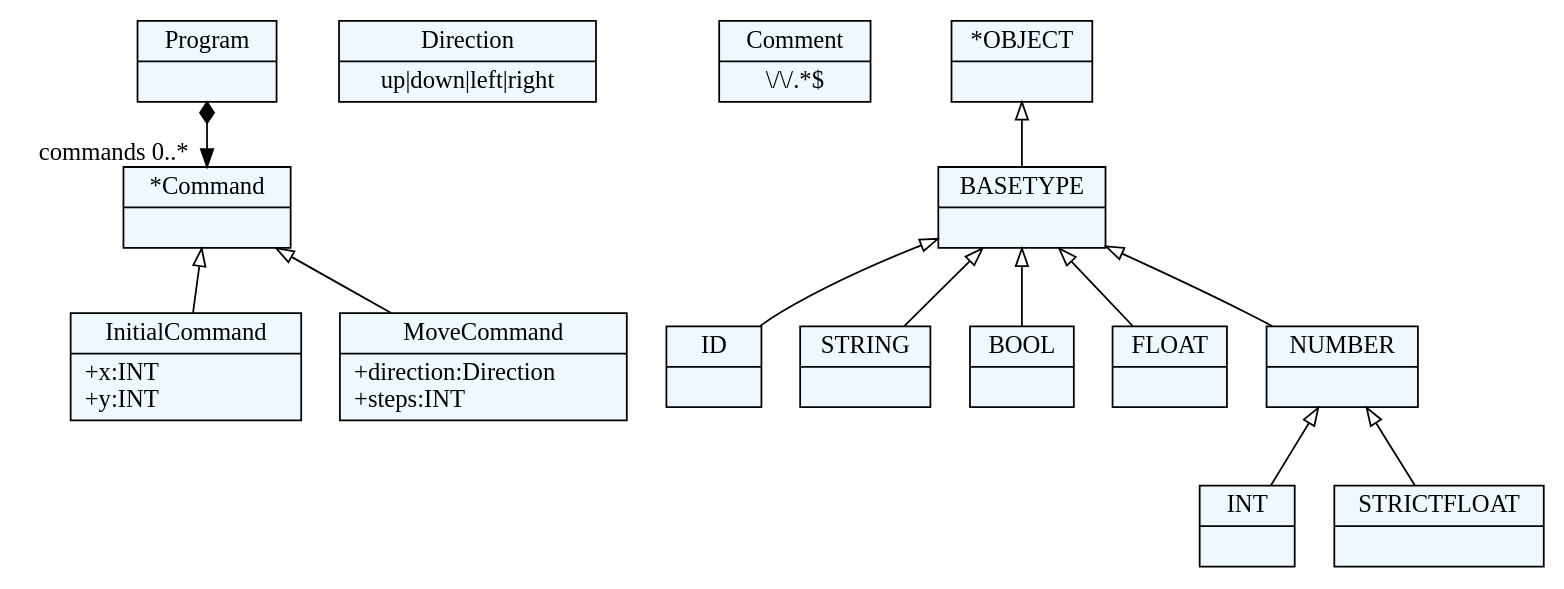
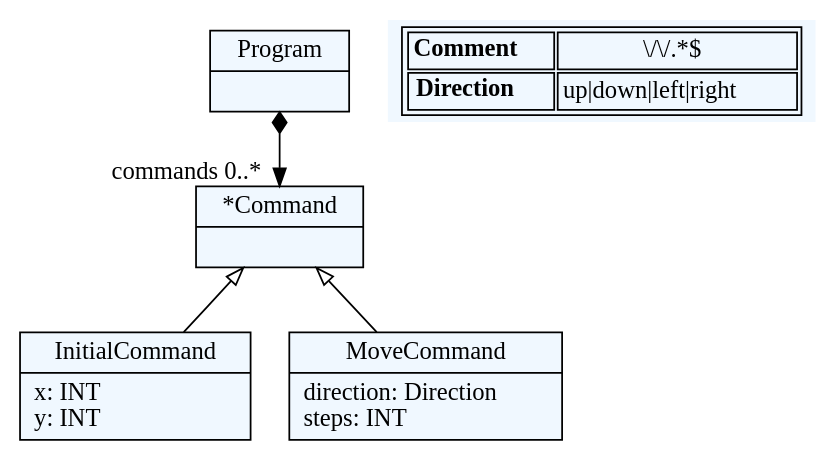
Before and after one commit to igordejanovic/igordejanovic.github.io: the diagram in content/courses/tech/textX/robot_meta.dot, drawn with Graphviz. The commit also changed 12 other files, not shown here.

```diff
--- a/content/courses/tech/textX/robot_meta.dot
+++ b/content/courses/tech/textX/robot_meta.dot
@@ -1,58 +1,37 @@
 
     digraph textX {
     fontname = "Bitstream Vera Sans"
     fontsize = 8
     node[
         shape=record,
         style=filled,
         fillcolor=aliceblue
     ]
     nodesep = 0.3
     edge[dir=black,arrowtail=empty]
 
 
-94766644691312[ label="{Program|}"]
+137359875785120[ label="{Program|}"]
 
-94766646538640[ label="{*Command|}"]
+137359875785216[ label="{*Command|}"]
 
-94766646727424[ label="{InitialCommand|+x:INT\l+y:INT\l}"]
+137359875785312[ label="{InitialCommand|x: INT\ly: INT\l}"]
 
-94766646733552[ label="{MoveCommand|+direction:Direction\l+steps:INT\l}"]
-
-94766646739088[ label="{Direction|up\|down\|left\|right}"]
-
-94766646744624[ label="{Comment|\\/\\/.*$}"]
-
-94766646535696[ label="{ID|}"]
-
-94766646540640[ label="{STRING|}"]
-
-94766646545584[ label="{BOOL|}"]
-
-94766644688368[ label="{INT|}"]
-
-94766644693312[ label="{FLOAT|}"]
-
-94766646570048[ label="{STRICTFLOAT|}"]
-
-94766646574992[ label="{NUMBER|}"]
-
-94766646579936[ label="{BASETYPE|}"]
-
-94766646584880[ label="{*OBJECT|}"]
+137359875785408[ label="{MoveCommand|direction: Direction\lsteps: INT\l}"]
 
 
 
-94766644691312 -> 94766646538640[arrowtail=diamond, dir=both, headlabel="commands 0..*"]
-94766646538640 -> 94766646727424 [dir=back]
-94766646538640 -> 94766646733552 [dir=back]
-94766646574992 -> 94766646570048 [dir=back]
-94766646574992 -> 94766644688368 [dir=back]
-94766646579936 -> 94766646574992 [dir=back]
-94766646579936 -> 94766644693312 [dir=back]
-94766646579936 -> 94766646545584 [dir=back]
-94766646579936 -> 94766646535696 [dir=back]
-94766646579936 -> 94766646540640 [dir=back]
-94766646584880 -> 94766646579936 [dir=back]
+137359875785120 -> 137359875785216[arrowtail=diamond, dir=both, headlabel="commands 0..*"]
+137359875785216 -> 137359875785312 [dir=back]
+137359875785216 -> 137359875785408 [dir=back]
+match_rules [ shape=plaintext, label=< <table>
+	<tr>
+		<td><b>Comment</b></td><td>\/\/.*$</td>
+	</tr>
+	<tr>
+		<td><b>Direction</b></td><td>up|down|left|right</td>
+	</tr>
+</table> >]
+
 
 }
```
